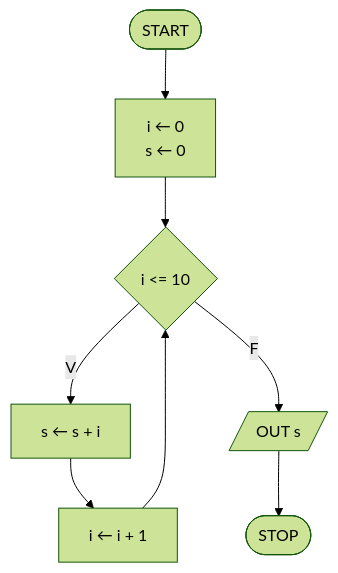
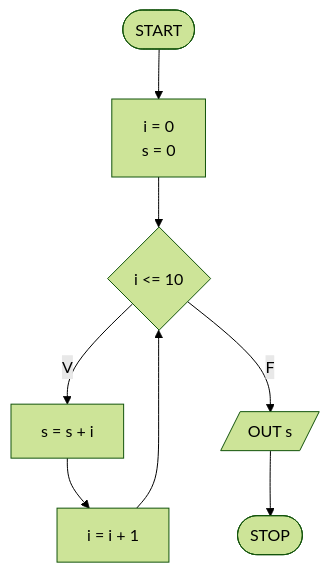
Before and after one commit to pg-laboratorio/flowcharts_laboratorio_esercizi: diagram 19 of 28 in flowcharts_soluzioni.md, drawn with Mermaid (forest theme). The commit also changed other lines of this file, not shown here.

````diff
--- a/flowcharts_soluzioni.md
+++ b/flowcharts_soluzioni.md
@@ -429,10 +429,10 @@
 ```mermaid
 graph TD
-    START([START]) --> INIT["i ← 0<br>s ← 0"]
+    START([START]) --> INIT["i = 0<br>s = 0"]
     INIT --> COND{"i <= 10"}
-    COND -- V --> PROC["s ← s + i"]
-    PROC --> INC["i ← i + 1"]
+    COND -- V --> PROC["s = s + i"]
+    PROC --> INC["i = i + 1"]
     INC --> COND
     COND -- F --> OUTPUT[/"OUT s"/]
     OUTPUT --> STOP([STOP])
 ```
````
